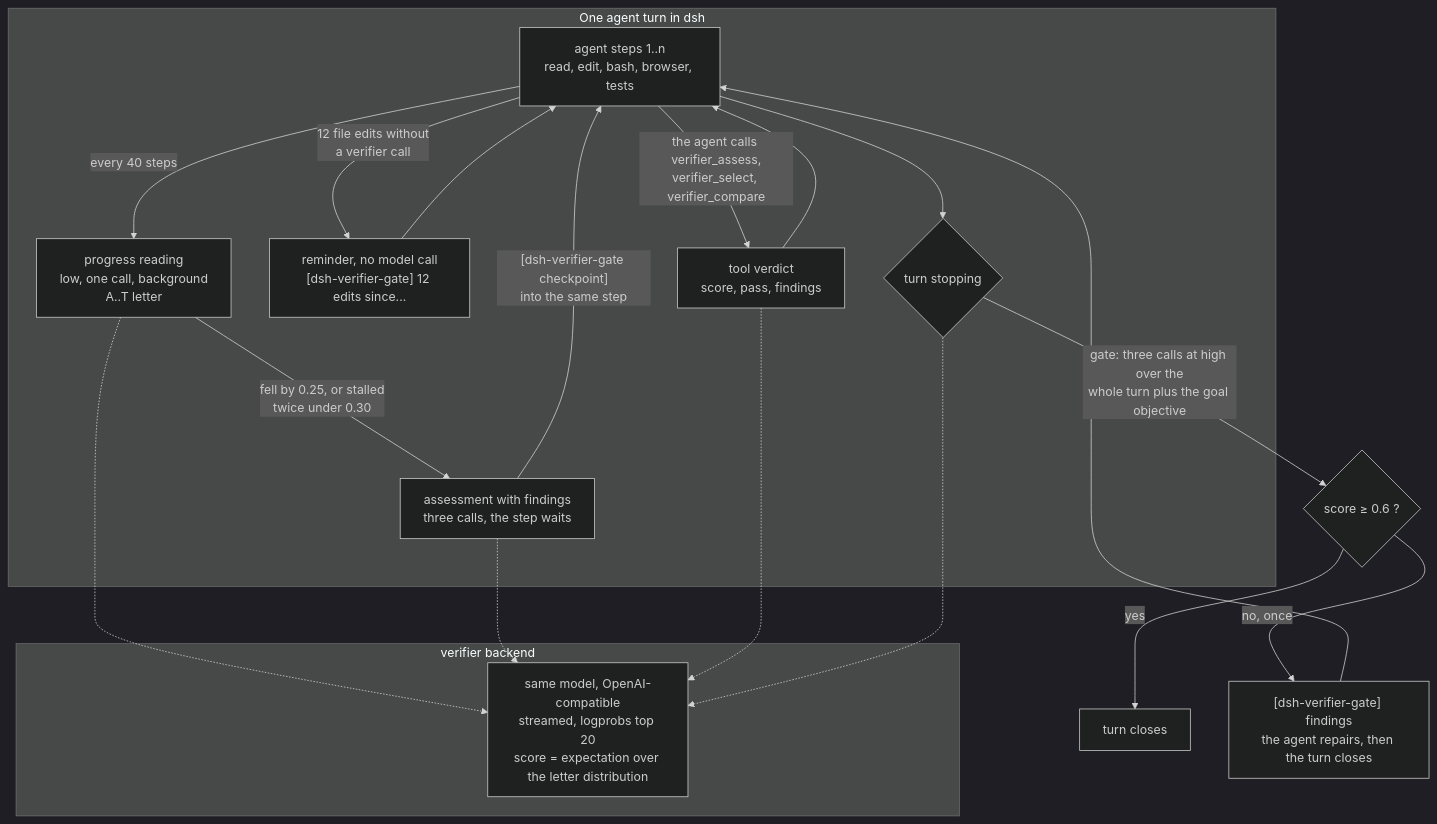
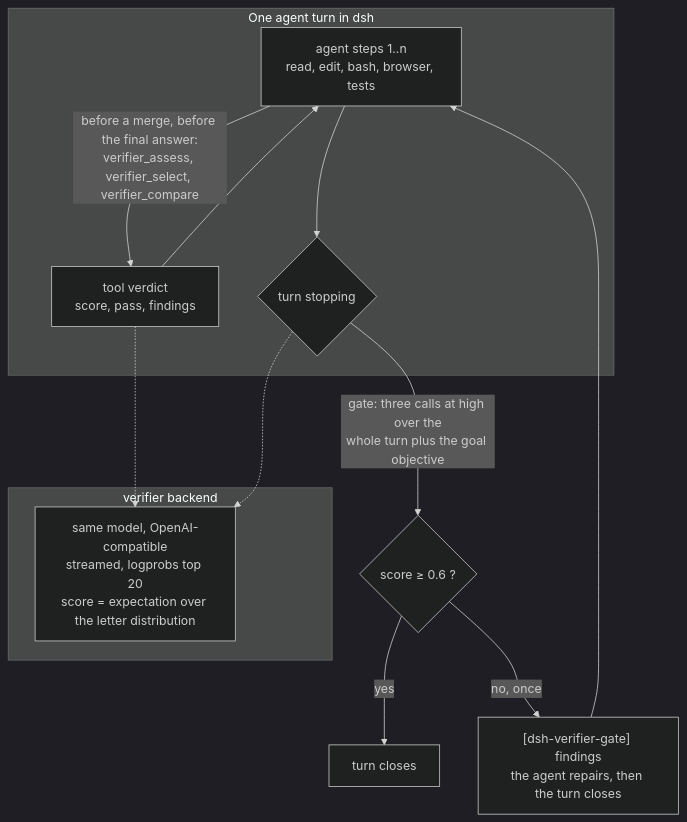
Before and after one commit to DevRico003/dsh-verifier: the first of 2 diagrams in README.md, drawn with Mermaid (dark theme). The commit also changed other lines of this file and 40 other files, not shown here.

First line of the commit message:
Back to the reference shape: one end-of-turn gate and the verifier tools at one effort, no mid-turn checkpoints, no edit-count reminders, no text-only backend

````diff
--- a/README.md
+++ b/README.md
@@ -11,25 +11,18 @@
 ```mermaid
 flowchart TD
     subgraph turn["One agent turn in dsh"]
         S["agent steps 1..n<br/>read, edit, bash, browser, tests"]
-        S -->|"every 40 steps"| P["progress reading<br/>low, one call, background<br/>A..T letter"]
-        P -->|"fell by 0.25, or stalled<br/>twice under 0.30"| A["assessment with findings<br/>three calls, the step waits"]
-        A -->|"[dsh-verifier-gate checkpoint]<br/>into the same step"| S
-        S -->|"12 file edits without<br/>a verifier call"| D["reminder, no model call<br/>[dsh-verifier-gate] 12 edits since..."]
-        D --> S
-        S -->|"the agent calls verifier_assess,<br/>verifier_select, verifier_compare"| T["tool verdict<br/>score, pass, findings"]
+        S -->|"before a merge, before the final answer:<br/>verifier_assess, verifier_select, verifier_compare"| T["tool verdict<br/>score, pass, findings"]
         T --> S
         S --> E{"turn stopping"}
     end
     E -->|"gate: three calls at high over the<br/>whole turn plus the goal objective"| G{"score ≥ 0.6 ?"}
     G -->|"yes"| C["turn closes"]
     G -->|"no, once"| R["[dsh-verifier-gate] findings<br/>the agent repairs, then the turn closes"]
     R --> S
     subgraph backend["verifier backend"]
         V["same model, OpenAI-compatible<br/>streamed, logprobs top 20<br/>score = expectation over the letter distribution"]
     end
-    P -.-> V
-    A -.-> V
     T -.-> V
     E -.-> V
 ```
````
